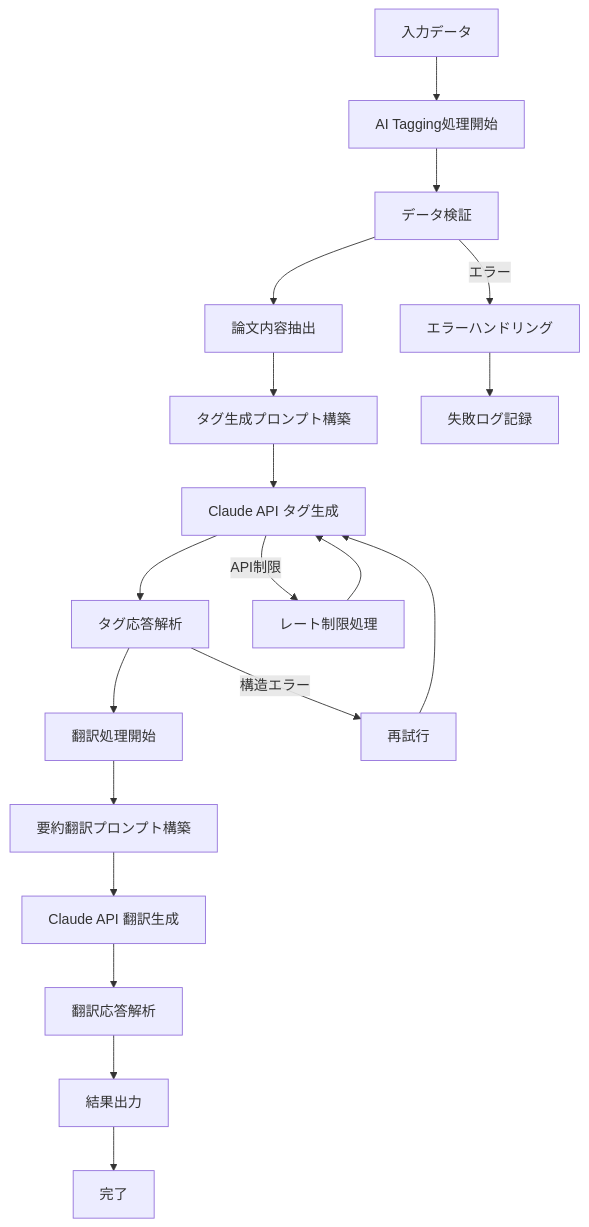
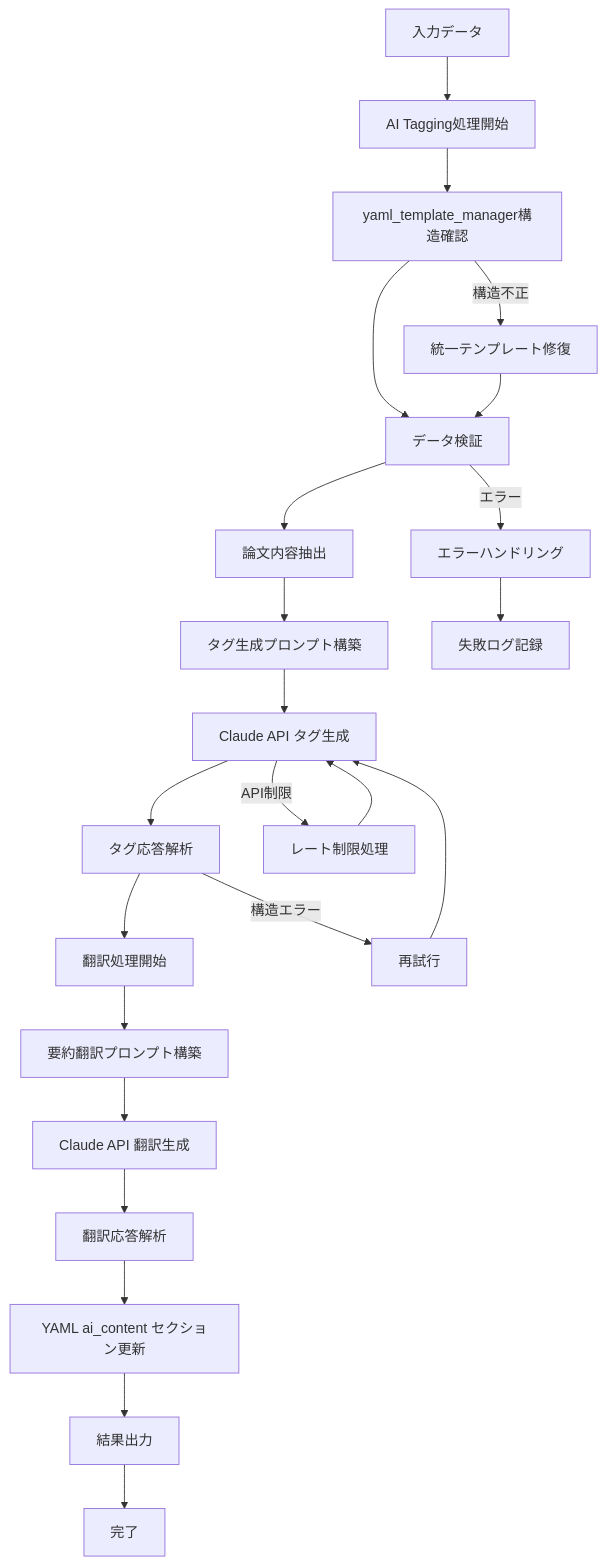
One commit to shuu5/ObsClippingsManager changed the first of 2 diagrams in code/contexts/ai_tagging_translation_specification.md. Above: the diagram before and after it, drawn with Mermaid. The commit also changed other lines of this file and 8 other files, not shown here.

````diff
--- a/code/contexts/ai_tagging_translation_specification.md
+++ b/code/contexts/ai_tagging_translation_specification.md
@@ -9,22 +9,26 @@
 ```mermaid
 flowchart TD
     A["入力データ"] --> B["AI Tagging処理開始"]
-    B --> C["データ検証"]
-    C --> D["論文内容抽出"]
-    D --> E["タグ生成プロンプト構築"]
-    E --> F["Claude API タグ生成"]
-    F --> G["タグ応答解析"]
-    G --> H["翻訳処理開始"]
-    H --> I["要約翻訳プロンプト構築"]
-    I --> J["Claude API 翻訳生成"]
-    J --> K["翻訳応答解析"]
-    K --> L["結果出力"]
-    L --> M["完了"]
+    B --> C["yaml_template_manager構造確認"]
+    C --> D["データ検証"]
+    D --> E["論文内容抽出"]
+    E --> F["タグ生成プロンプト構築"]
+    F --> G["Claude API タグ生成"]
+    G --> H["タグ応答解析"]
+    H --> I["翻訳処理開始"]
+    I --> J["要約翻訳プロンプト構築"]
+    J --> K["Claude API 翻訳生成"]
+    K --> L["翻訳応答解析"]
+    L --> M["YAML ai_content セクション更新"]
+    M --> N["結果出力"]
+    N --> O["完了"]
     
-    C -->|エラー| N["エラーハンドリング"]
-    F -->|API制限| O["レート制限処理"]
-    G -->|構造エラー| P["再試行"]
-    N --> Q["失敗ログ記録"]
-    O --> F
-    P --> F
+    C -->|構造不正| P["統一テンプレート修復"]
+    D -->|エラー| Q["エラーハンドリング"]
+    G -->|API制限| R["レート制限処理"]
+    H -->|構造エラー| S["再試行"]
+    P --> D
+    Q --> T["失敗ログ記録"]
+    R --> G
+    S --> G
 ```
````
